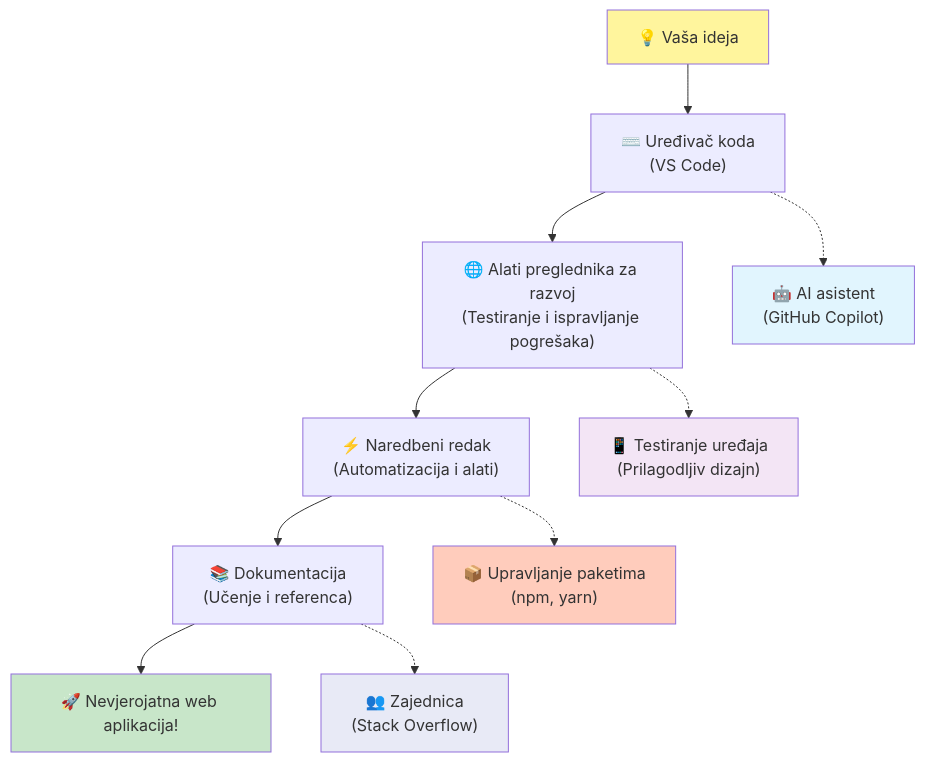
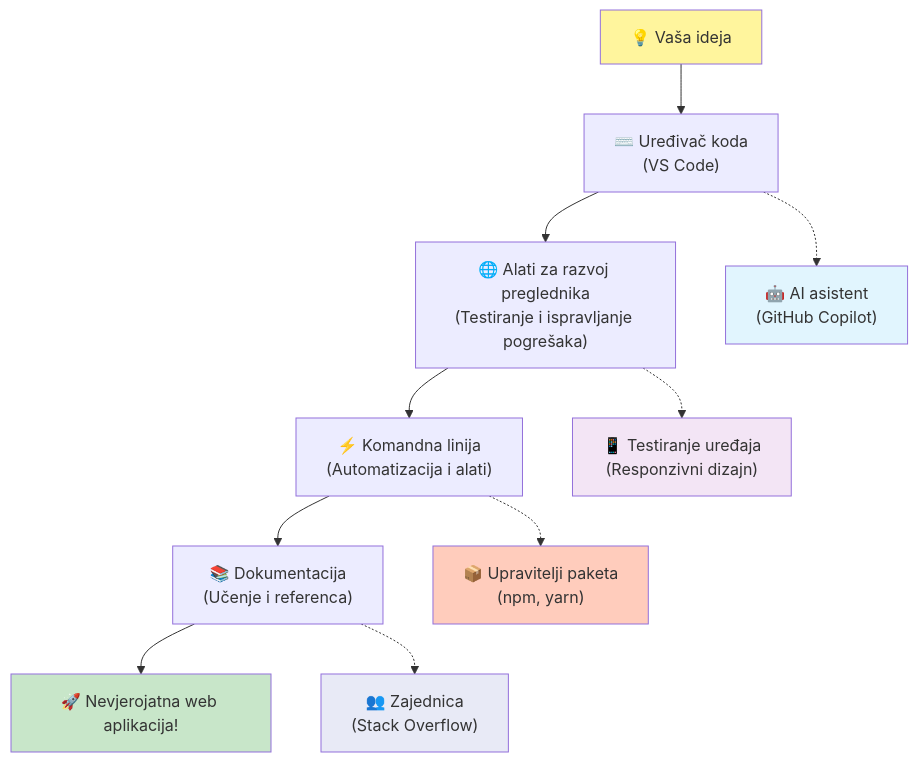
Before and after one commit to microsoft/Web-Dev-For-Beginners: the fifth of 7 diagrams in translations/hr/1-getting-started-lessons/1-intro-to-programming-languages/README.md, drawn with Mermaid. The commit also changed other lines of this file and 8 other files, not shown here.

````diff
--- a/translations/hr/1-getting-started-lessons/1-intro-to-programming-languages/README.md
+++ b/translations/hr/1-getting-started-lessons/1-intro-to-programming-languages/README.md
@@ -488,20 +488,20 @@
 ```mermaid
 graph TD
     A["💡 Vaša ideja"] --> B["⌨️ Uređivač koda<br/>(VS Code)"] 
-    B --> C["🌐 Alati preglednika za razvoj<br/>(Testiranje i ispravljanje pogrešaka)"]
-    C --> D["⚡ Naredbeni redak<br/>(Automatizacija i alati)"]
+    B --> C["🌐 Alati za razvoj preglednika<br/>(Testiranje i ispravljanje pogrešaka)"]
+    C --> D["⚡ Komandna linija<br/>(Automatizacija i alati)"]
     D --> E["📚 Dokumentacija<br/>(Učenje i referenca)"]
     E --> F["🚀 Nevjerojatna web aplikacija!"]
     
     B -.-> G["🤖 AI asistent<br/>(GitHub Copilot)"]
-    C -.-> H["📱 Testiranje uređaja<br/>(Prilagodljiv dizajn)"]
-    D -.-> I["📦 Upravljanje paketima<br/>(npm, yarn)"]
+    C -.-> H["📱 Testiranje uređaja<br/>(Responzivni dizajn)"]
+    D -.-> I["📦 Upravitelji paketa<br/>(npm, yarn)"]
     E -.-> J["👥 Zajednica<br/>(Stack Overflow)"]
     
     style A fill:#fff59d
     style F fill:#c8e6c9
     style G fill:#e1f5fe
     style H fill:#f3e5f5
     style I fill:#ffccbc
     style J fill:#e8eaf6
 ```
````
